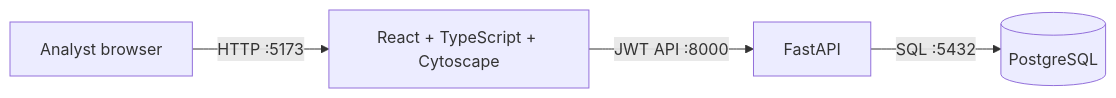
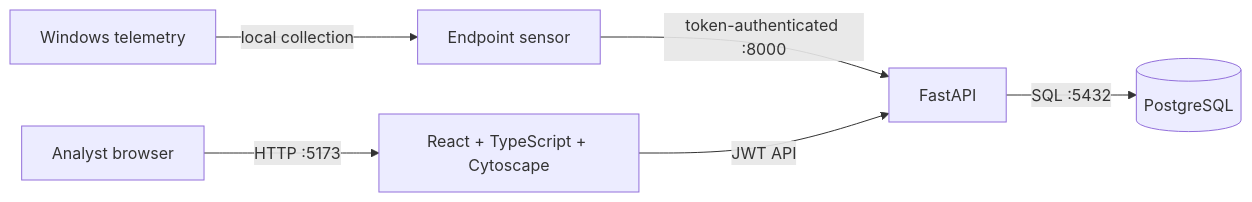
One commit to pranayreddy-08/major-project changed the first of 5 diagrams in docs/architecture.md. Above: the diagram before and after it, drawn with Mermaid. The commit also changed other lines of this file and 56 other files, not shown here.

Commit message:
feat: add local endpoint platform and intelligence UI

````diff
--- a/docs/architecture.md
+++ b/docs/architecture.md
@@ -5,6 +5,8 @@
 ```mermaid
 flowchart LR
+    Host[Windows telemetry] -->|local collection| Sensor[Endpoint sensor]
+    Sensor -->|token-authenticated :8000| Backend[FastAPI]
     Browser[Analyst browser] -->|HTTP :5173| Frontend[React + TypeScript + Cytoscape]
-    Frontend -->|JWT API :8000| Backend[FastAPI]
+    Frontend -->|JWT API| Backend
     Backend -->|SQL :5432| Database[(PostgreSQL)]
 ```
````
